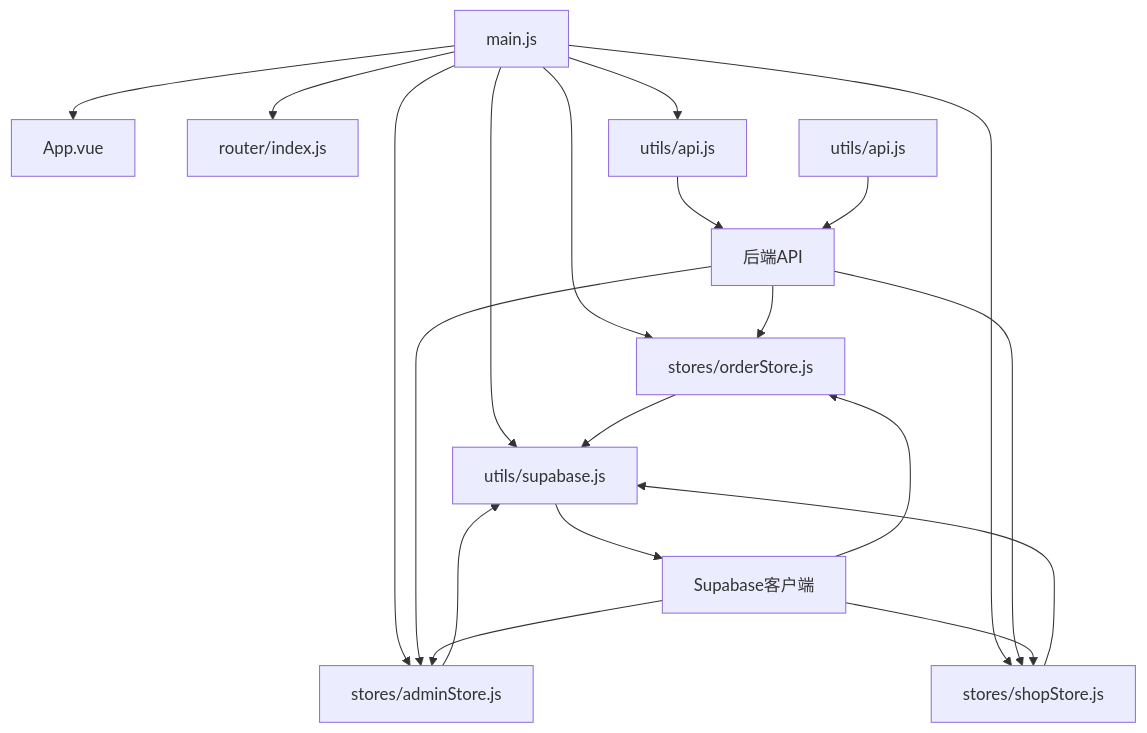
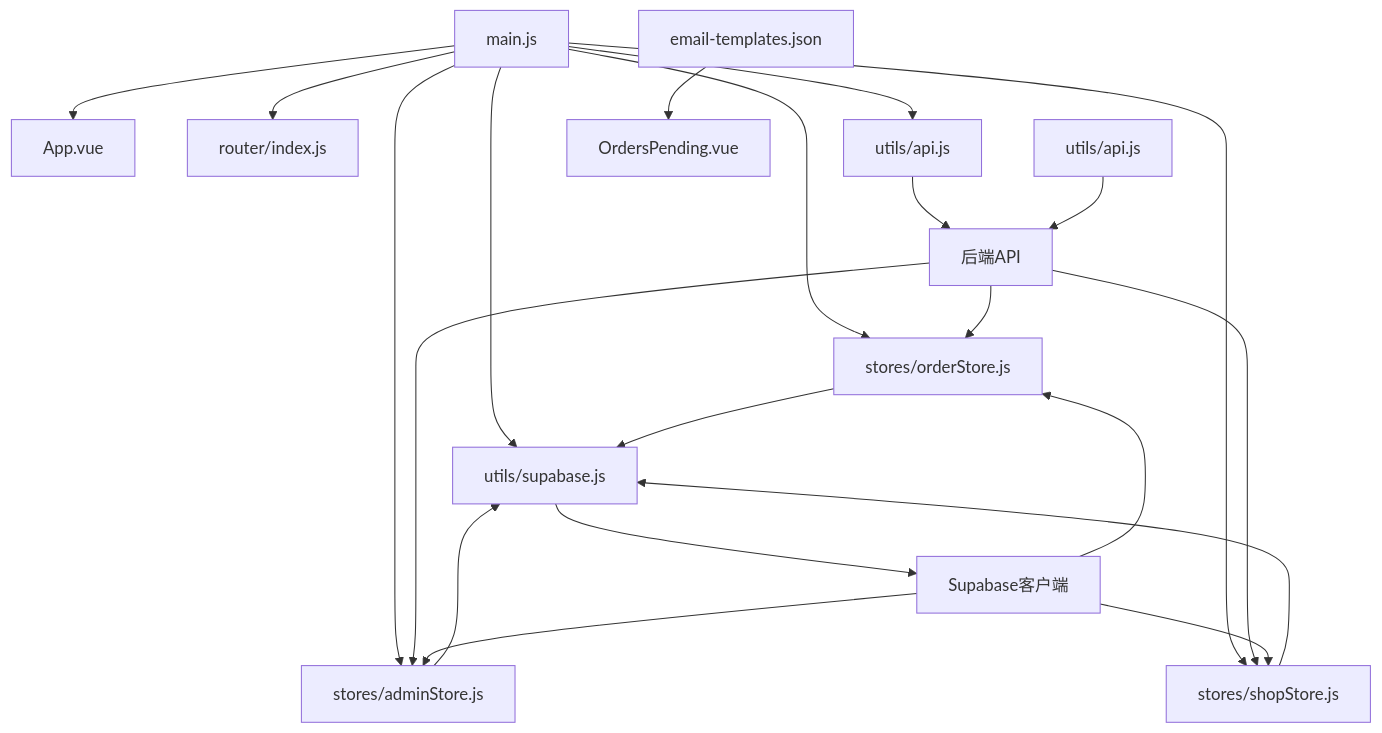
Diagram 22 of 22 in .qoder/repowiki/zh/content/开发指南/Vue组件架构.md (SY6621/POD-Order-Management), drawn with Mermaid before and after one commit. The commit also changed other lines of this file and 20 other files, not shown here.

````diff
--- a/.qoder/repowiki/zh/content/开发指南/Vue组件架构.md
+++ b/.qoder/repowiki/zh/content/开发指南/Vue组件架构.md
@@ -703,22 +799,23 @@
 ```mermaid
 graph TD
 A[main.js] --> B[App.vue]
 A --> C[router/index.js]
 A --> D[stores/orderStore.js]
 A --> E[stores/adminStore.js]
 A --> F[stores/shopStore.js]
 A --> G[utils/supabase.js]
 A --> H[utils/api.js]
 I[views/*] --> D
 I --> E
 I --> F
 J[components/*] --> D
 J --> E
 J --> F
 D --> G
 E --> G
 F --> G
 H --> I[后端API]
 G --> J[Supabase客户端]
 K[utils/api.js] --> I
+L[email-templates.json] --> M[OrdersPending.vue]
 ```
````
